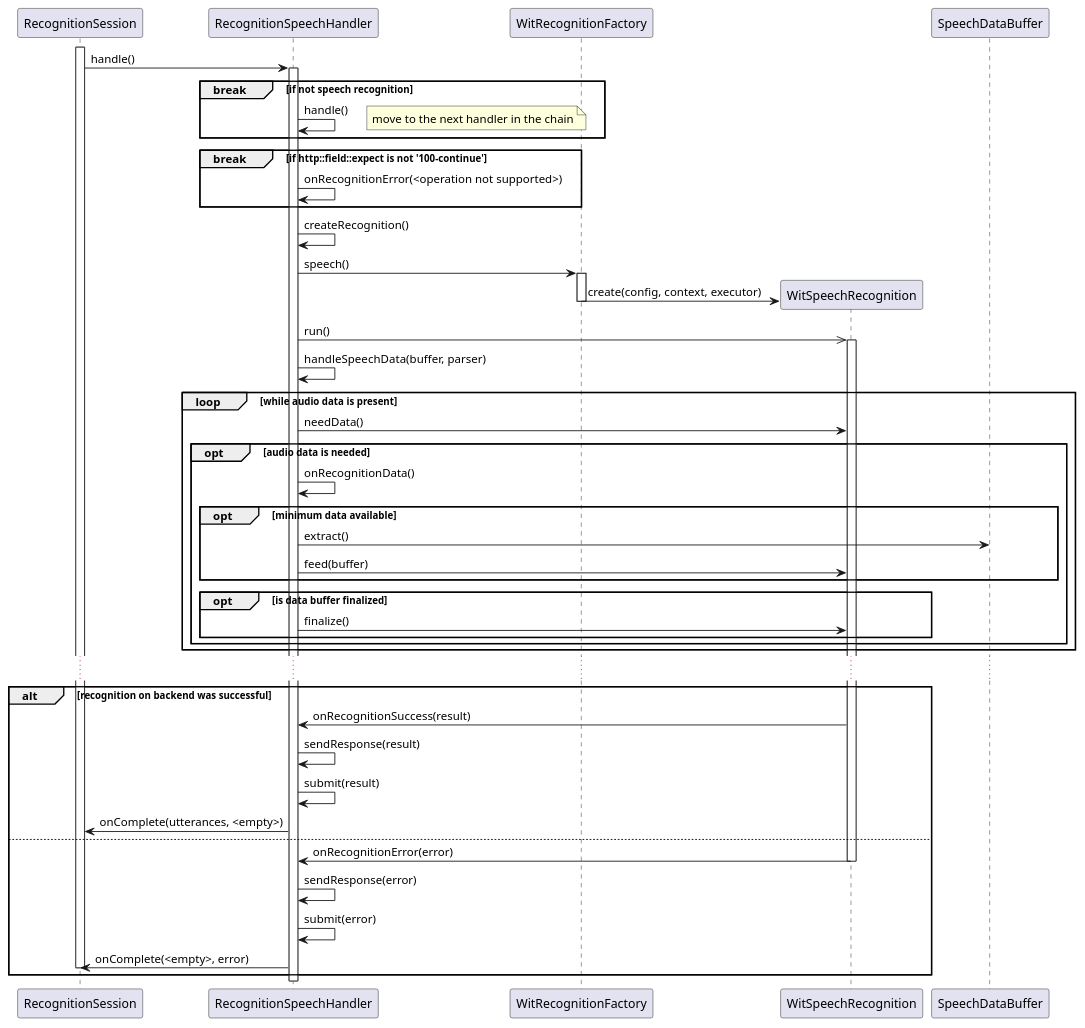
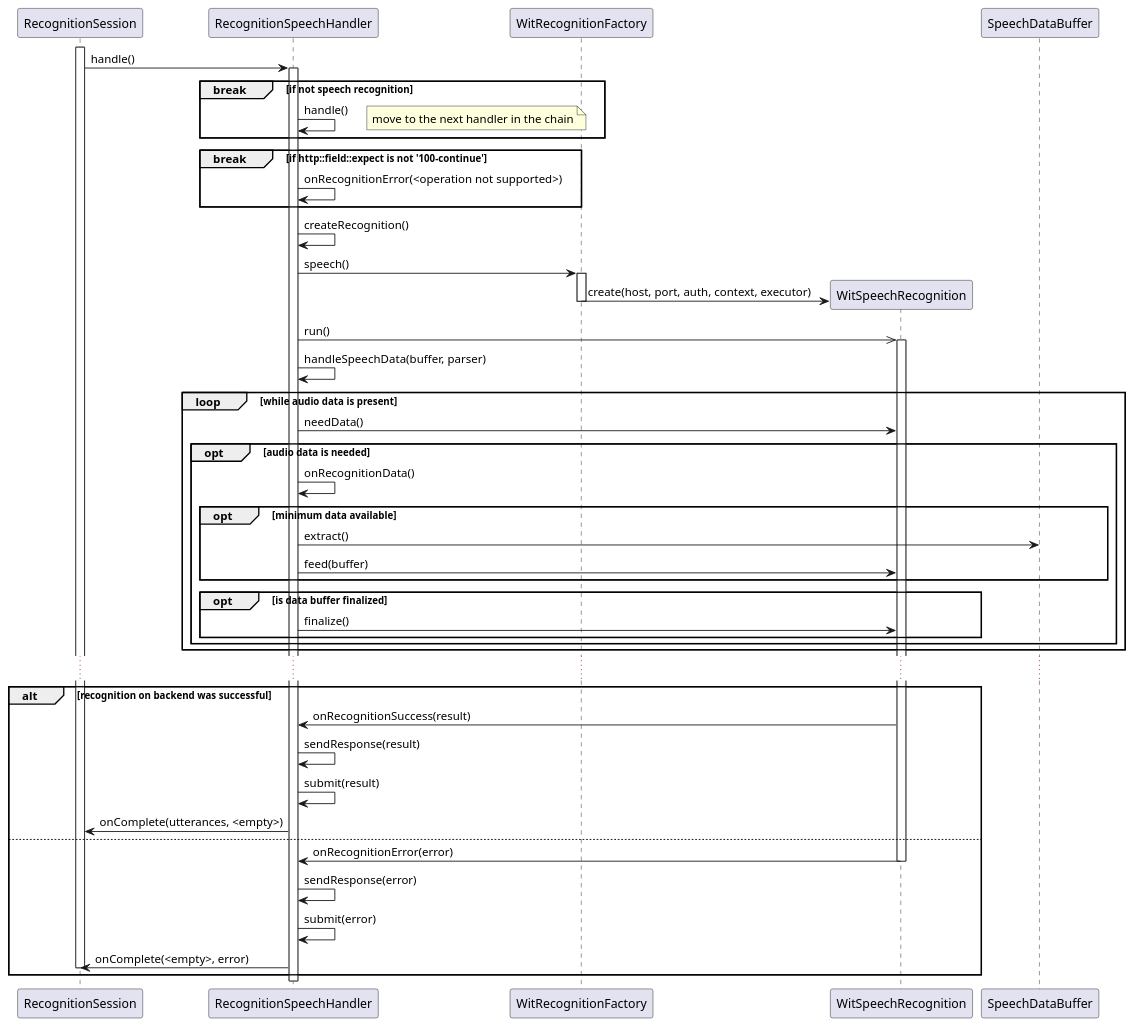
One commit to denoming/rintento changed the seventh of 9 diagrams in src/intent/doc/intent.md. Above: the diagram before and after it, drawn with PlantUML. The commit also changed other lines of this file, not shown here.

````diff
--- a/src/intent/doc/intent.md
+++ b/src/intent/doc/intent.md
@@ -249,59 +259,59 @@
 ```plantuml
 @startuml
 
 participant RecognitionSession
 participant RecognitionSpeechHandler
 participant WitRecognitionFactory
 participant WitSpeechRecognition
 
 activate RecognitionSession
 RecognitionSession -> RecognitionSpeechHandler : handle()
 activate RecognitionSpeechHandler
 break if not speech recognition
     RecognitionSpeechHandler -> RecognitionSpeechHandler : handle()
     note right: move to the next handler in the chain
 end
 break if http::field::expect is not '100-continue' 
     RecognitionSpeechHandler -> RecognitionSpeechHandler : onRecognitionError(<operation not supported>)
 end
 RecognitionSpeechHandler -> RecognitionSpeechHandler : createRecognition()
 RecognitionSpeechHandler -> WitRecognitionFactory : speech()
 activate WitRecognitionFactory
 create WitSpeechRecognition
-WitRecognitionFactory -> WitSpeechRecognition : create(config, context, executor)
+WitRecognitionFactory -> WitSpeechRecognition : create(host, port, auth, context, executor)
 deactivate WitRecognitionFactory
 RecognitionSpeechHandler ->> WitSpeechRecognition : run()
 activate WitSpeechRecognition
 RecognitionSpeechHandler -> RecognitionSpeechHandler : handleSpeechData(buffer, parser)
 loop while audio data is present
     RecognitionSpeechHandler -> WitSpeechRecognition : needData()
     opt audio data is needed
         RecognitionSpeechHandler -> RecognitionSpeechHandler : onRecognitionData()
         opt minimum data available
             RecognitionSpeechHandler -> SpeechDataBuffer : extract()
             RecognitionSpeechHandler -> WitSpeechRecognition : feed(buffer)
         end
         opt is data buffer finalized
             RecognitionSpeechHandler -> WitSpeechRecognition : finalize()
         end        
     end
 end
 ...
 alt recognition on backend was successful
     WitSpeechRecognition -> RecognitionSpeechHandler : onRecognitionSuccess(result)
     RecognitionSpeechHandler -> RecognitionSpeechHandler : sendResponse(result)
     RecognitionSpeechHandler -> RecognitionSpeechHandler : submit(result)
     RecognitionSession <- RecognitionSpeechHandler : onComplete(utterances, <empty>)
 else
     WitSpeechRecognition -> RecognitionSpeechHandler : onRecognitionError(error)
     deactivate WitSpeechRecognition
     RecognitionSpeechHandler -> RecognitionSpeechHandler : sendResponse(error)
     RecognitionSpeechHandler -> RecognitionSpeechHandler : submit(error)
     RecognitionSession <- RecognitionSpeechHandler : onComplete(<empty>, error)
     deactivate RecognitionSession
 end
 deactivate RecognitionSpeechHandler
 
 
 @enduml
 ```
````
